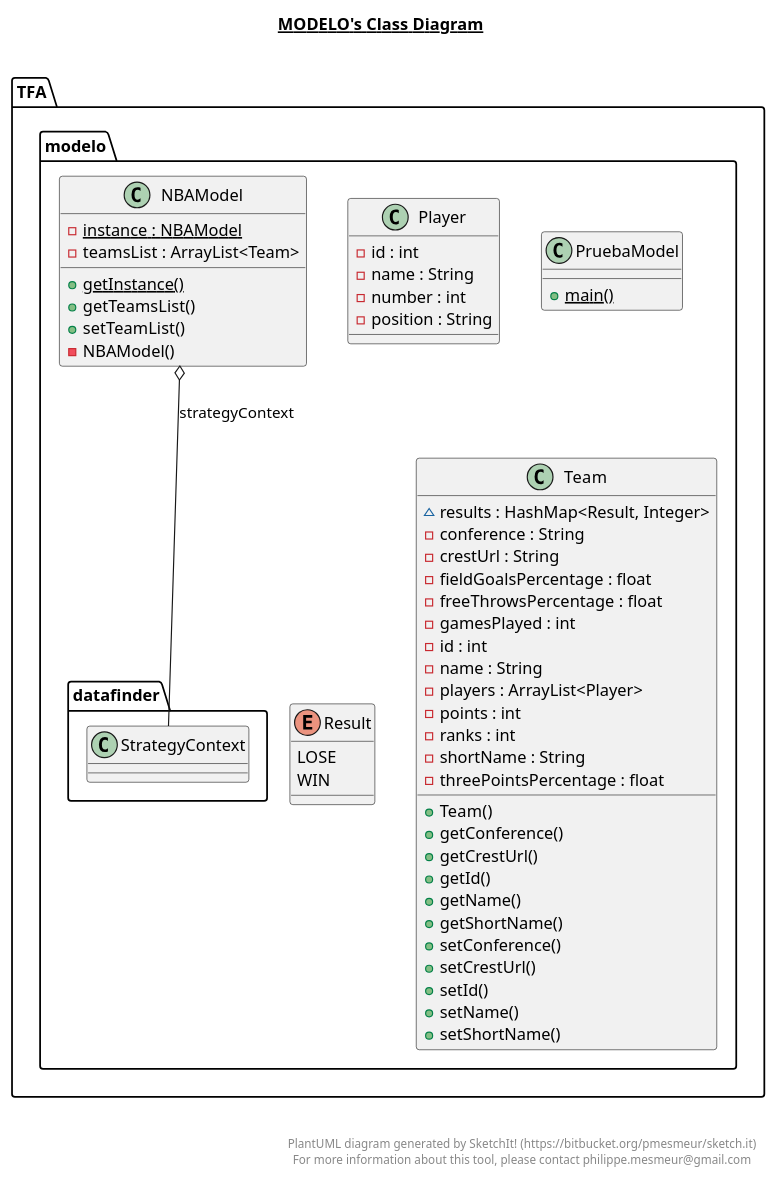
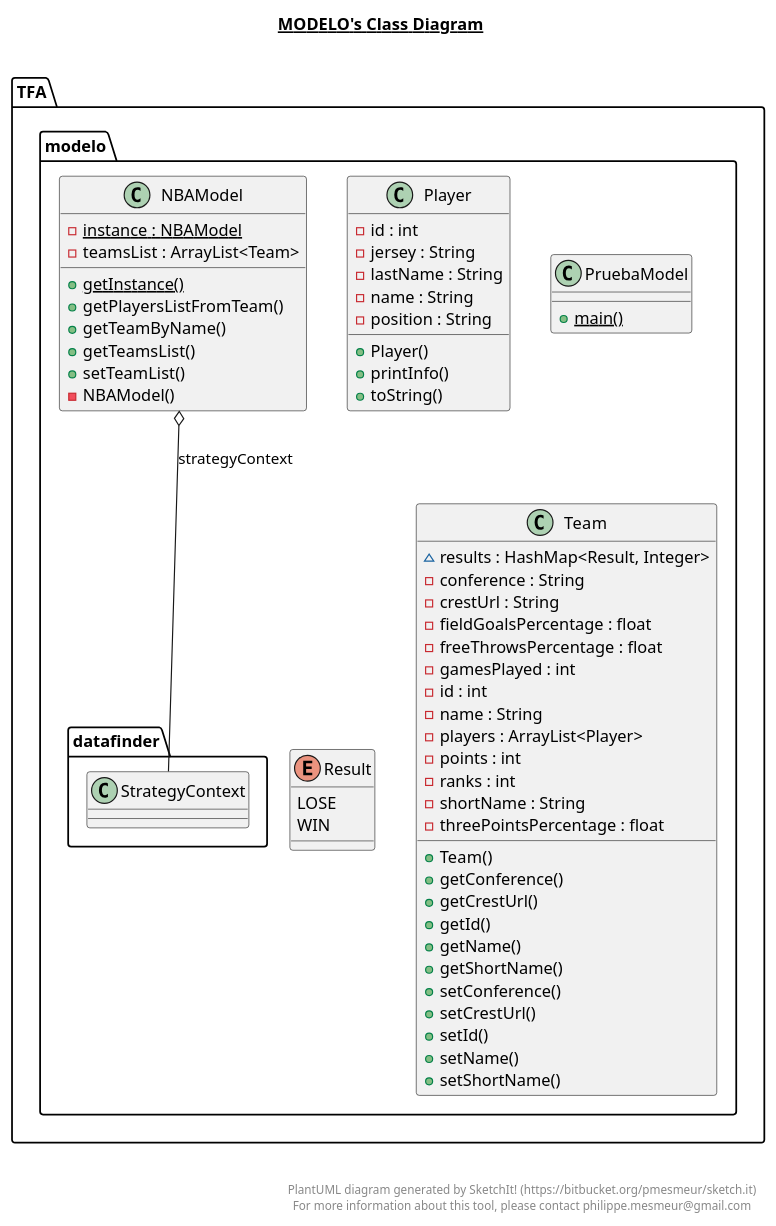
One commit to Diegodmbot/ULL-DAP-TrabajoFinalNBA changed the diagram in src/TFA/modelo/modelo.plantuml. Above: the diagram before and after it, drawn with PlantUML. The commit also changed 12 other files, not shown here.

```diff
--- a/src/TFA/modelo/modelo.plantuml
+++ b/src/TFA/modelo/modelo.plantuml
@@ -1,92 +1,98 @@
 @startuml
 
 title __MODELO's Class Diagram__\n
 
   namespace TFA {
     namespace modelo {
       class TFA.modelo.NBAModel {
           {static} - instance : NBAModel
           - teamsList : ArrayList<Team>
           {static} + getInstance()
+          + getPlayersListFromTeam()
+          + getTeamByName()
           + getTeamsList()
           + setTeamList()
           - NBAModel()
       }
     }
   }
   
 
   namespace TFA {
     namespace modelo {
       class TFA.modelo.Player {
           - id : int
+          - jersey : String
+          - lastName : String
           - name : String
-          - number : int
           - position : String
+          + Player()
+          + printInfo()
+          + toString()
       }
     }
   }
   
 
   namespace TFA {
     namespace modelo {
       class TFA.modelo.PruebaModel {
           {static} + main()
       }
     }
   }
   
 
   namespace TFA {
     namespace modelo {
       enum Result {
         LOSE
         WIN
       }
     }
   }
   
 
   namespace TFA {
     namespace modelo {
       class TFA.modelo.Team {
           ~ results : HashMap<Result, Integer>
           - conference : String
           - crestUrl : String
           - fieldGoalsPercentage : float
           - freeThrowsPercentage : float
           - gamesPlayed : int
           - id : int
           - name : String
           - players : ArrayList<Player>
           - points : int
           - ranks : int
           - shortName : String
           - threePointsPercentage : float
           + Team()
           + getConference()
           + getCrestUrl()
           + getId()
           + getName()
           + getShortName()
           + setConference()
           + setCrestUrl()
           + setId()
           + setName()
           + setShortName()
       }
     }
   }
   
 
   TFA.modelo.NBAModel o-- TFA.modelo.datafinder.StrategyContext : strategyContext
 
 
 right footer
 
 
 PlantUML diagram generated by SketchIt! (https://bitbucket.org/pmesmeur/sketch.it)
 For more information about this tool, please contact philippe.mesmeur@gmail.com
 endfooter
 
 @enduml
```
